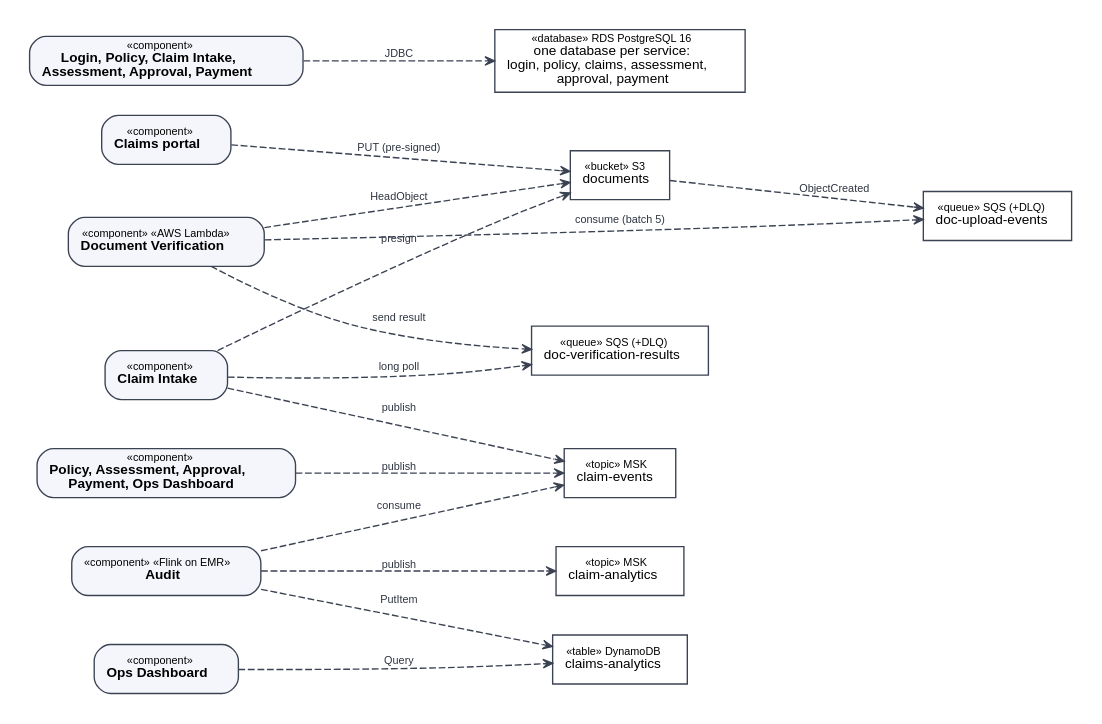
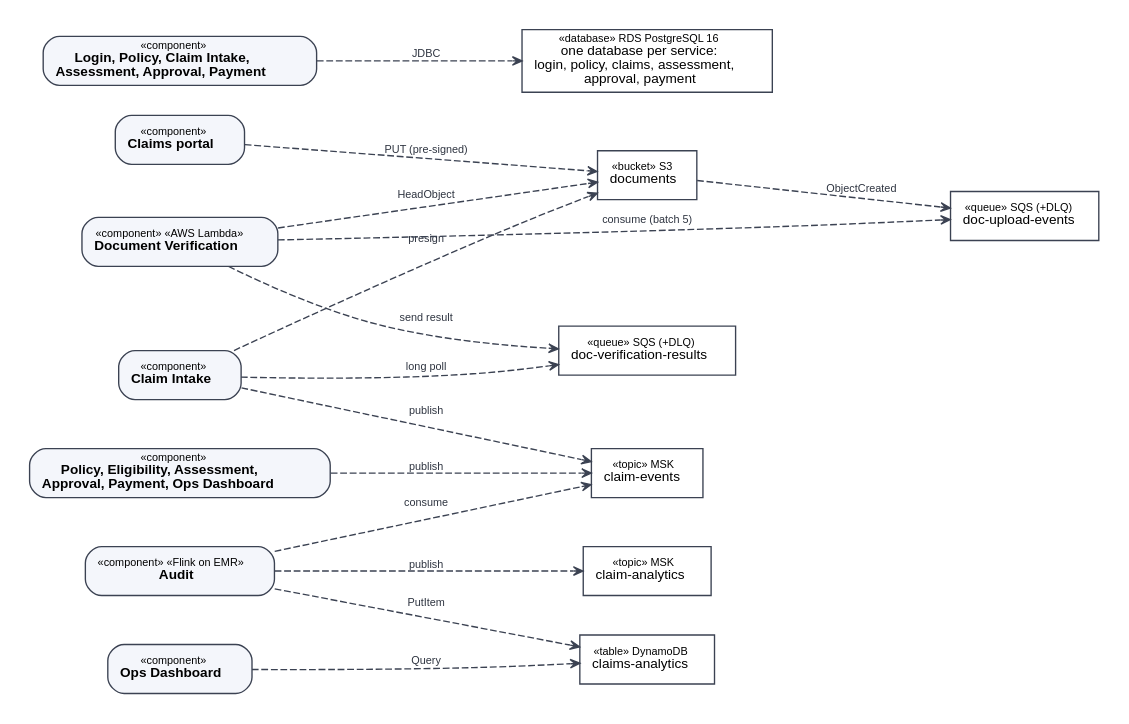
Before and after one commit to Krisha-cmd/Insurance-claim: the diagram in docs/diagrams/src/component-data.dot, drawn with Graphviz. The commit also changed 65 other files, not shown here.

```diff
--- a/docs/diagrams/src/component-data.dot
+++ b/docs/diagrams/src/component-data.dot
@@ -1,37 +1,37 @@
 // UML component diagram, part 2: data stores and asynchronous paths (S3, SQS, Kafka, DynamoDB). Also replaces the
 // data/messaging half of diagrams/architecture-diagram.svg. Dependencies are dashed with open arrowheads.
 digraph G {
   graph [rankdir=TB, fontname="Helvetica", fontsize=11, nodesep=0.3, ranksep=0.7, pad=0.2, newrank=true];
   node  [shape=box, style="rounded,filled", fillcolor="#f4f6fb", color="#3b4252", fontname="Helvetica", fontsize=10, margin="0.12,0.06"];
   edge  [style=dashed, arrowhead=vee, arrowsize=0.7, color="#3b4252", fontname="Helvetica", fontsize=8, fontcolor="#2e3440"];
   graph [rankdir=LR, ranksep=1.0];
   spa    [label=<<font point-size="8">«component»</font><br/><b>Claims portal</b>>];
   intake [label=<<font point-size="8">«component»</font><br/><b>Claim Intake</b>>];
   lambda [label=<<font point-size="8">«component» «AWS Lambda»</font><br/><b>Document Verification</b>>];
-  pubs   [label=<<font point-size="8">«component»</font><br/><b>Policy, Assessment, Approval,<br/>Payment, Ops Dashboard</b>>];
+  pubs   [label=<<font point-size="8">«component»</font><br/><b>Policy, Eligibility, Assessment,<br/>Approval, Payment, Ops Dashboard</b>>];
   flink  [label=<<font point-size="8">«component» «Flink on EMR»</font><br/><b>Audit</b>>];
   ops    [label=<<font point-size="8">«component»</font><br/><b>Ops Dashboard</b>>];
   svcdb  [label=<<font point-size="8">«component»</font><br/><b>Login, Policy, Claim Intake,<br/>Assessment, Approval, Payment</b>>];
   node [style="filled", fillcolor="#ffffff"];
   s3  [label=<<font point-size="8">«bucket» S3</font><br/>documents>];
   q1  [label=<<font point-size="8">«queue» SQS (+DLQ)</font><br/>doc-upload-events>];
   q2  [label=<<font point-size="8">«queue» SQS (+DLQ)</font><br/>doc-verification-results>];
   kev [label=<<font point-size="8">«topic» MSK</font><br/>claim-events>];
   kan [label=<<font point-size="8">«topic» MSK</font><br/>claim-analytics>];
   ddb [label=<<font point-size="8">«table» DynamoDB</font><br/>claims-analytics>];
   rds [label=<<font point-size="8">«database» RDS PostgreSQL 16</font><br/>one database per service:<br/>login, policy, claims, assessment,<br/>approval, payment>];
   spa -> s3 [label="PUT (pre-signed)"];
   intake -> s3 [label="presign"];
   s3 -> q1 [label="ObjectCreated"];
   lambda -> q1 [label="consume (batch 5)"];
   lambda -> s3 [label="HeadObject"];
   lambda -> q2 [label="send result"];
   intake -> q2 [label="long poll"];
   intake -> kev [label="publish"];
   pubs -> kev [label="publish"];
   flink -> kev [label="consume"];
   flink -> kan [label="publish"];
   flink -> ddb [label="PutItem"];
   ops -> ddb [label="Query"];
   svcdb -> rds [label="JDBC"];
 }
```
